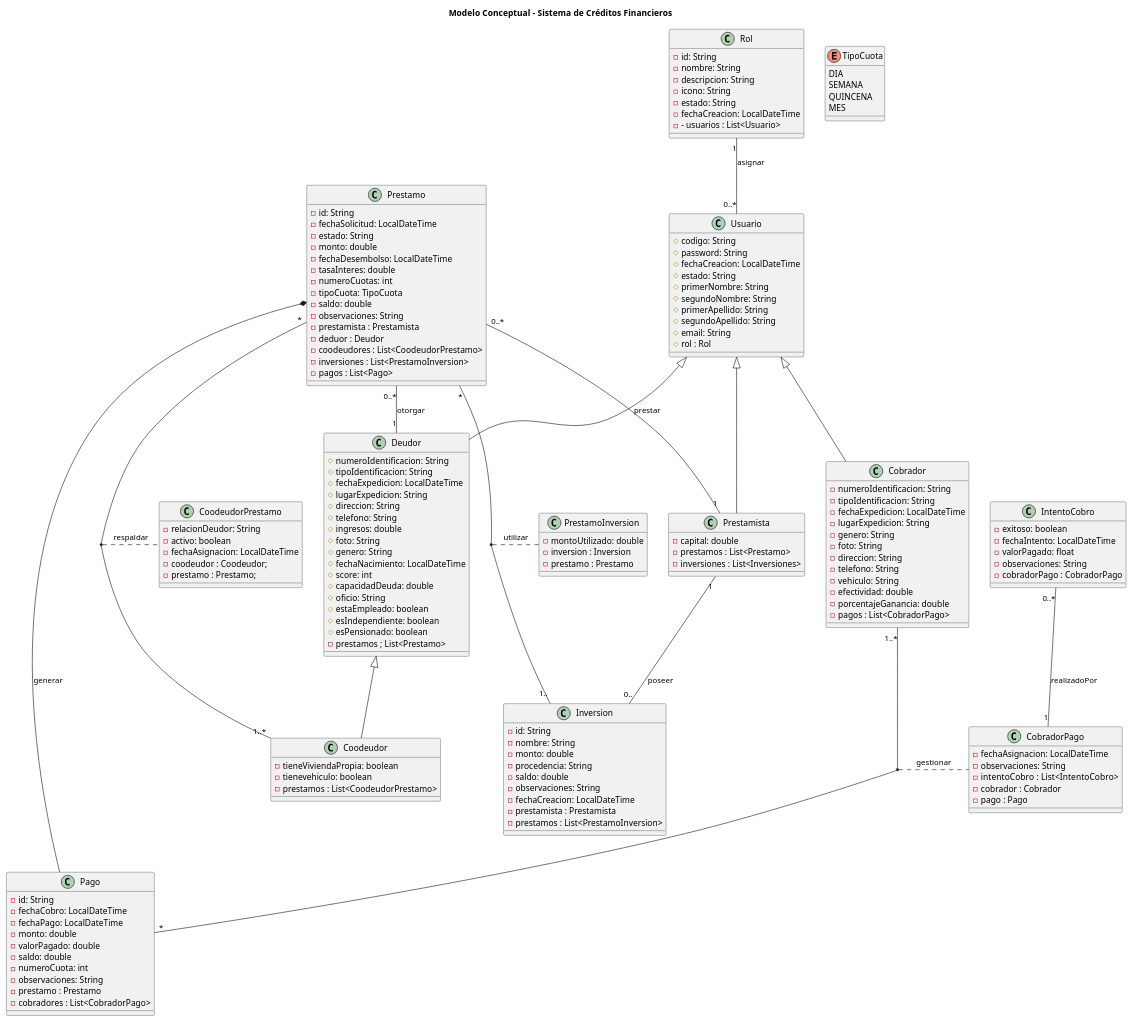
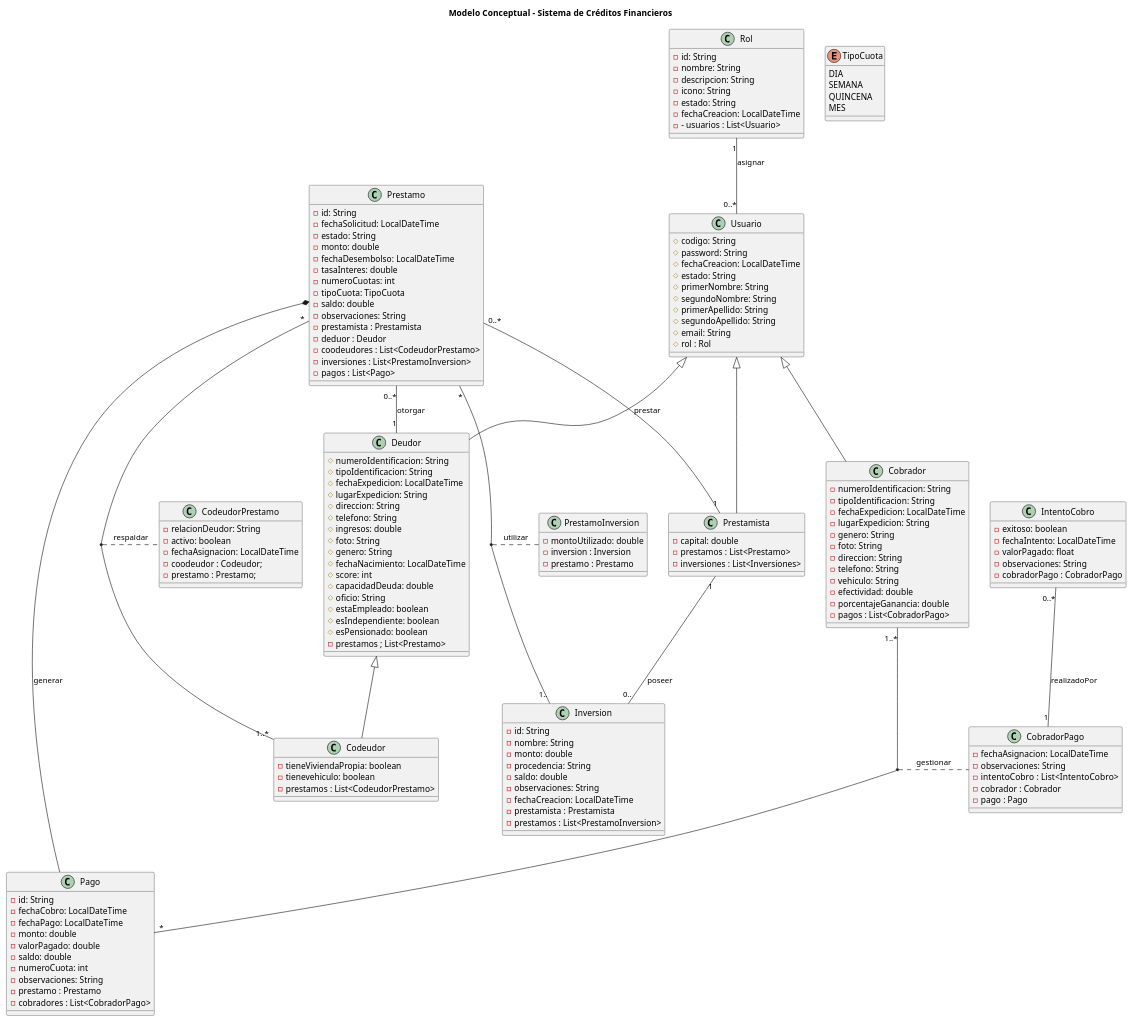
Before and after one commit to jarrietaunicolombo/JCreditosApp: the diagram in src/com/jca2dev/Documentacion/Diagrama_de_clases_conceptual.puml, drawn with PlantUML. The commit also changed 7 other files, not shown here.

Commit message:
Aplicacion de las relaciones entre la clase Rol y la Clase Usuario. Se renombró la clase Coodeudor a Codeudor.

```diff
--- a/src/com/jca2dev/Documentacion/Diagrama_de_clases_conceptual.puml
+++ b/src/com/jca2dev/Documentacion/Diagrama_de_clases_conceptual.puml
@@ -63,10 +63,10 @@
   - prestamos ; List<Prestamo>
 }
 
-class Coodeudor {
+class Codeudor {
   - tieneViviendaPropia: boolean
   - tienevehiculo: boolean
-  - prestamos : List<CoodeudorPrestamo>
+  - prestamos : List<CodeudorPrestamo>
   
 }
 
@@ -110,7 +110,7 @@
   - observaciones: String
   - prestamista : Prestamista
   - deduor : Deudor
-  - coodeudores : List<CoodeudorPrestamo>
+  - coodeudores : List<CodeudorPrestamo>
   - inversiones : List<PrestamoInversion>
   - pagos : List<Pago>
 
@@ -138,24 +138,6 @@
   - cobradorPago : CobradorPago
 }
 
-' ===================
-' RELACIONES AL FINAL
-' ===================
-
-' HERENCIAS 
-
-Usuario <|--  Prestamista
-Usuario <|--  Deudor
-Deudor <|--  Coodeudor
-Usuario <|--  Cobrador
-
-' UNO A MUCHOS
-
-Rol "1" --  "0..*" Usuario : asignar
-Prestamista "1" --  "0.." Inversion : poseer 
-Prestamo "0..*" --  "1"  Prestamista : prestar
-Prestamo "0..*" --  "1" Deudor : otorgar
-Prestamo *--  Pago : generar
 
 ' ===========================
 ' CLASES ASOCIACIÓN (N:N)
@@ -176,13 +158,34 @@
 
 }
 
-class CoodeudorPrestamo {
+class CodeudorPrestamo {
   - relacionDeudor: String
   - activo: boolean
   - fechaAsignacion: LocalDateTime
-  - coodeudor : Coodeudor;
+  - coodeudor : Codeudor;
   - prestamo : Prestamo;
 }
+
+
+' ===================
+' RELACIONES AL FINAL
+' ===================
+
+' HERENCIAS 
+
+Usuario <|--  Prestamista
+Usuario <|--  Deudor
+Deudor <|--  Codeudor
+Usuario <|--  Cobrador
+
+' UNO A MUCHOS
+
+Rol "1" --  "0..*" Usuario : asignar
+Prestamista "1" --  "0.." Inversion : poseer 
+Prestamo "0..*" --  "1"  Prestamista : prestar
+Prestamo "0..*" --  "1" Deudor : otorgar
+Prestamo *--  Pago : generar
+
 
 ' Relacion Clase asociación entre Prestamo y Inversion
 Prestamo "*" --  "1.." Inversion
@@ -192,9 +195,9 @@
 Cobrador "1..*" --  "*" Pago
 (Cobrador, Pago) .. CobradorPago : gestionar
 
-' Relacion Clase asociación entre Coodeudor y Prestamo
-Prestamo "*" --  "1..*" Coodeudor
-(Prestamo, Coodeudor) .. CoodeudorPrestamo : respaldar
+' Relacion Clase asociación entre Codeudor y Prestamo
+Prestamo "*" --  "1..*" Codeudor
+(Prestamo, Codeudor) .. CodeudorPrestamo : respaldar
 
 ' Relación de IntentoCobro con Cobrador y Pago
 IntentoCobro "0..*" --  "1" CobradorPago : realizadoPor
```
